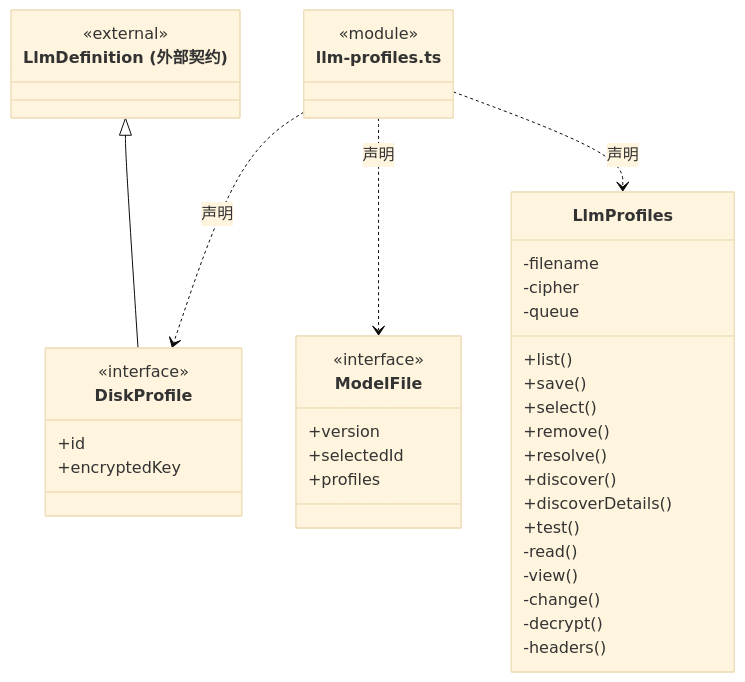
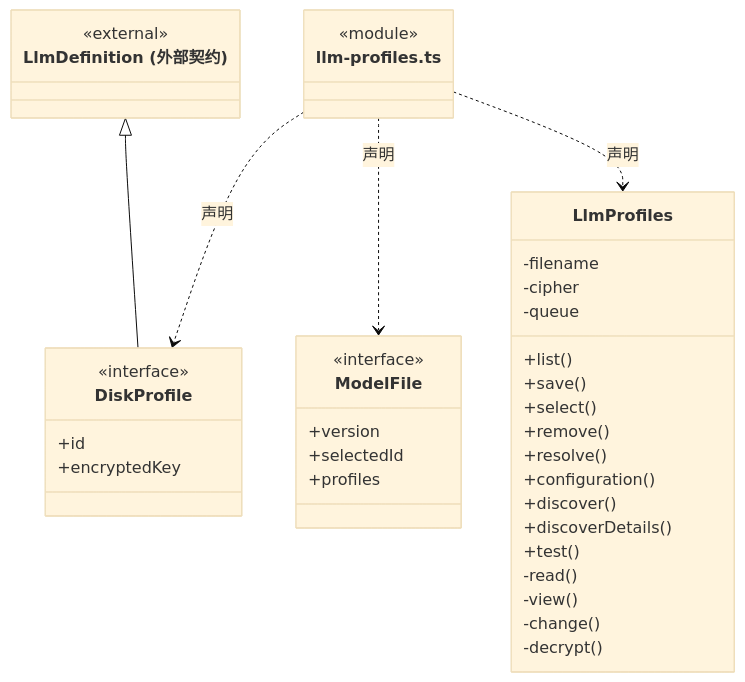
Before and after one commit to nan023062/cbim: the third of 4 diagrams in src/backend/main/persistence/settings/ARCHITECTURE.md, drawn with Mermaid (base theme). The commit also changed other lines of this file and 52 other files, not shown here.

````diff
--- a/src/backend/main/persistence/settings/ARCHITECTURE.md
+++ b/src/backend/main/persistence/settings/ARCHITECTURE.md
@@ -80,42 +80,42 @@
 ```mermaid
 classDiagram
 class N_src_backend_main_persistence_settings_llm_profiles_ts["llm-profiles.ts"] {
   <<module>>
 }
 class N_src_backend_main_persistence_settings_llm_profiles_ts_DiskProfile["DiskProfile"] {
   <<interface>>
   +id
   +encryptedKey
 }
 N_src_backend_main_persistence_settings_llm_profiles_ts ..> N_src_backend_main_persistence_settings_llm_profiles_ts_DiskProfile : 声明
 class N_src_backend_main_persistence_settings_llm_profiles_ts_external_LlmDefinition["LlmDefinition (外部契约)"] {
   <<external>>
 }
 N_src_backend_main_persistence_settings_llm_profiles_ts_external_LlmDefinition <|-- N_src_backend_main_persistence_settings_llm_profiles_ts_DiskProfile
 class N_src_backend_main_persistence_settings_llm_profiles_ts_ModelFile["ModelFile"] {
   <<interface>>
   +version
   +selectedId
   +profiles
 }
 N_src_backend_main_persistence_settings_llm_profiles_ts ..> N_src_backend_main_persistence_settings_llm_profiles_ts_ModelFile : 声明
 class N_src_backend_main_persistence_settings_llm_profiles_ts_LlmProfiles["LlmProfiles"] {
   +list()
   +save()
   +select()
   +remove()
   +resolve()
+  +configuration()
   +discover()
   +discoverDetails()
   +test()
   -filename
   -cipher
   -queue
   -read()
   -view()
   -change()
   -decrypt()
-  -headers()
 }
 N_src_backend_main_persistence_settings_llm_profiles_ts ..> N_src_backend_main_persistence_settings_llm_profiles_ts_LlmProfiles : 声明
 ```
````
